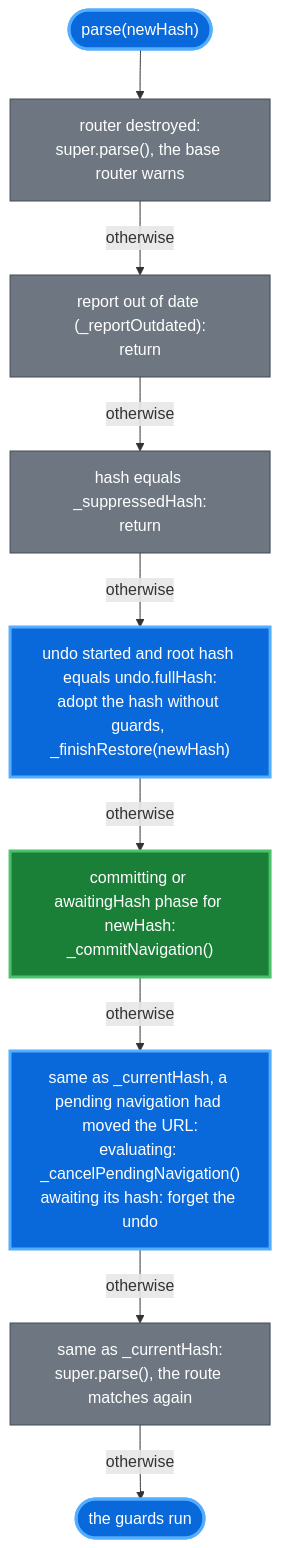
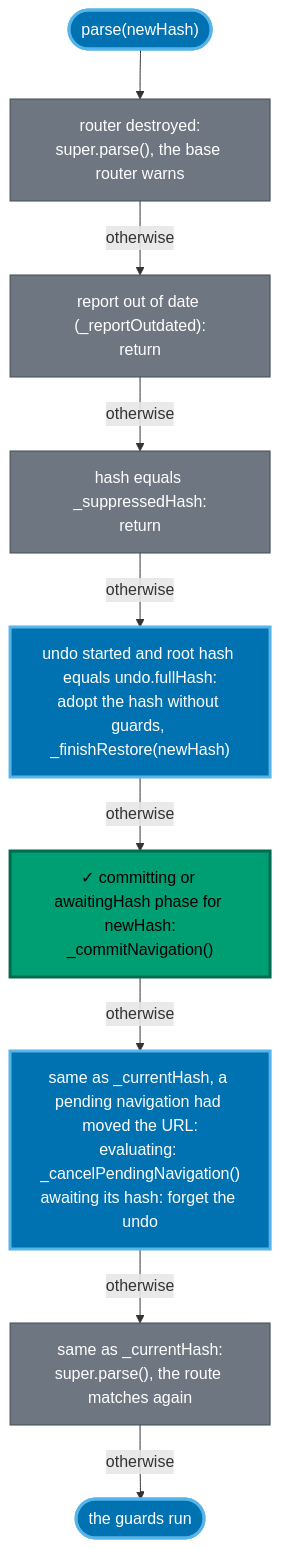
Before and after one commit to wridgeu/ui5-lib-guard-router: the first of 12 diagrams in docs/reference/architecture.md, drawn with Mermaid. The commit also changed other lines of this file and 4 other files, not shown here.

First line of the commit message:
docs: take the diagram colours from the Okabe-Ito set and mark each outcome with a symbol

````diff
--- a/docs/reference/architecture.md
+++ b/docs/reference/architecture.md
@@ -198,18 +198,18 @@
 ```mermaid
 flowchart TD
     start(["parse(newHash)"]) --> destroyed["router destroyed:<br/>super.parse(), the base router warns"]
     destroyed -- "otherwise" --> outdated["report out of date (_reportOutdated):<br/>return"]
     outdated -- "otherwise" --> suppress["hash equals _suppressedHash:<br/>return"]
     suppress -- "otherwise" --> back["undo started and root hash equals undo.fullHash:<br/>adopt the hash without guards, _finishRestore(newHash)"]
-    back -- "otherwise" --> redir["committing or awaitingHash phase for newHash:<br/>_commitNavigation()"]
+    back -- "otherwise" --> redir["✓ committing or awaitingHash phase for newHash:<br/>_commitNavigation()"]
     redir -- "otherwise" --> moved["same as _currentHash, a pending navigation had moved the URL:<br/>evaluating: _cancelPendingNavigation()<br/>awaiting its hash: forget the undo"]
     moved -- "otherwise" --> again["same as _currentHash:<br/>super.parse(), the route matches again"]
     again -- "otherwise" --> guards(["the guards run"])
 
     classDef native fill:#6e7781,stroke:#424a53,color:#ffffff
-    classDef added fill:#0969da,stroke:#54aeff,stroke-width:3px,color:#ffffff
-    classDef commit fill:#1a7f37,stroke:#4ac26b,stroke-width:3px,color:#ffffff
+    classDef added fill:#0072B2,stroke:#56B4E9,stroke-width:3px,color:#ffffff
+    classDef commit fill:#009E73,stroke:#006b4e,stroke-width:3px,color:#000000
     class destroyed,outdated,suppress,again native
     class start,back,moved,guards added
     class redir commit
 ```
````
